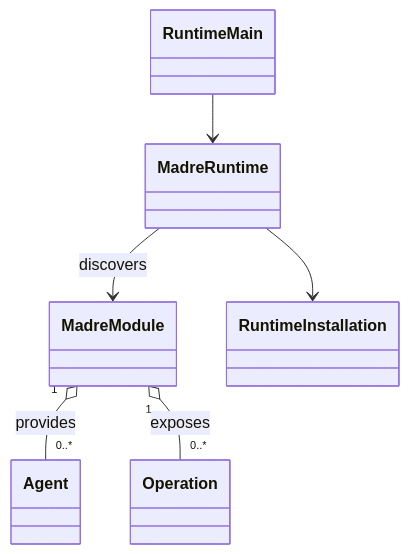
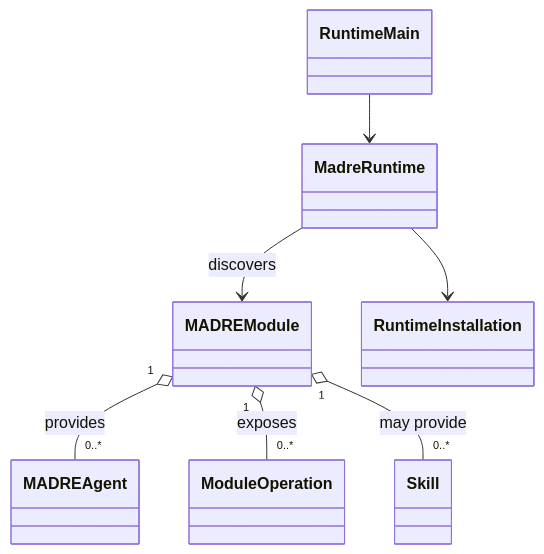
Before and after one commit to DidacLL/MADRE: the diagram in docs/architecture/runtime-base.md, drawn with Mermaid. The commit also changed other lines of this file and 21 other files, not shown here.

````diff
--- a/docs/architecture/runtime-base.md
+++ b/docs/architecture/runtime-base.md
@@ -7,8 +7,9 @@
 ```mermaid
 classDiagram
-    MadreModule "1" o-- "0..*" Agent : provides
-    MadreModule "1" o-- "0..*" Operation : exposes
+    MADREModule "1" o-- "0..*" MADREAgent : provides
+    MADREModule "1" o-- "0..*" ModuleOperation : exposes
+    MADREModule "1" o-- "0..*" Skill : may provide
     RuntimeMain --> MadreRuntime
     MadreRuntime --> RuntimeInstallation
-    MadreRuntime --> MadreModule : discovers
+    MadreRuntime --> MADREModule : discovers
 ```
````
